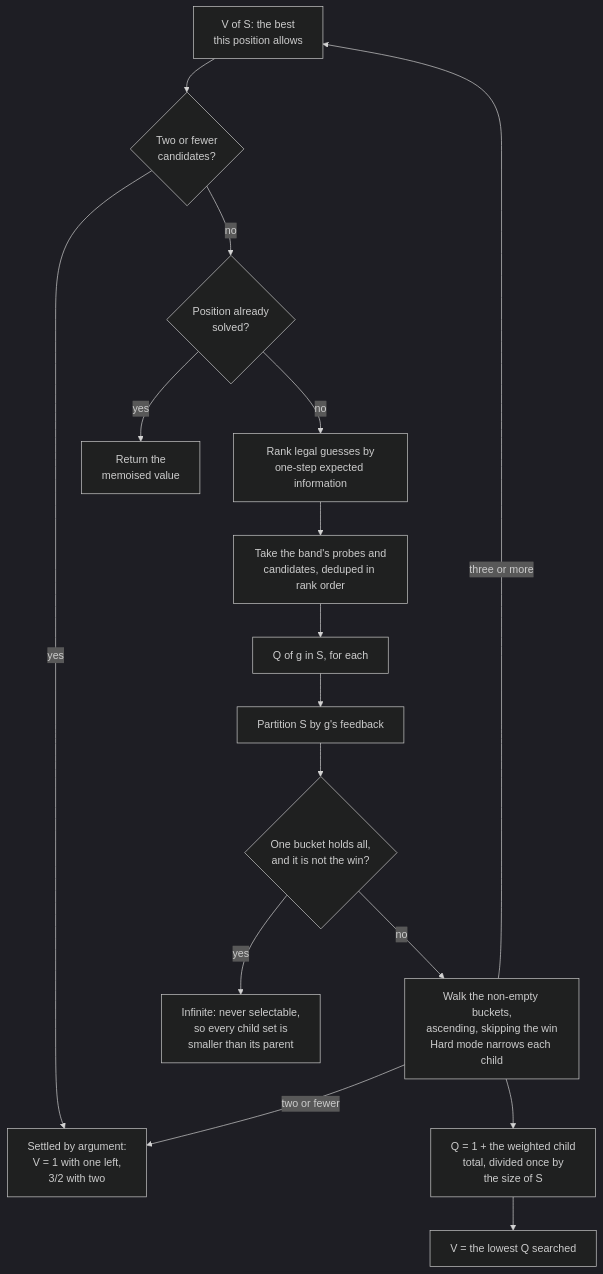
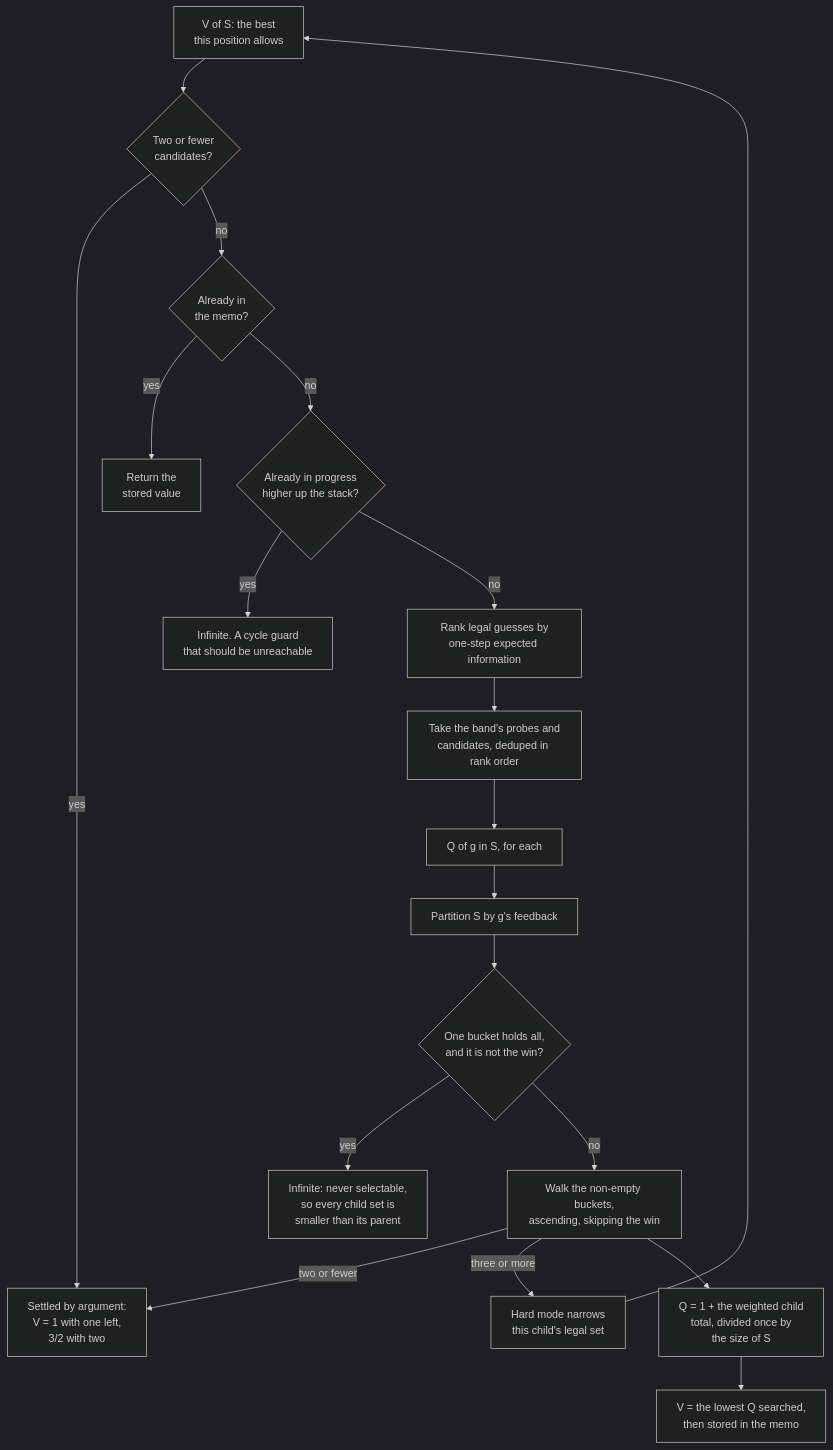
One commit to k-electron/par changed the third of 3 diagrams in docs/scoring.md. Above: the diagram before and after it, drawn with Mermaid (dark theme). The commit also changed other lines of this file, not shown here.

First line of the commit message:
docs(scoring): reconcile the flowcharts with the code, node by node

````diff
--- a/docs/scoring.md
+++ b/docs/scoring.md
@@ -296,19 +310,22 @@
 ```mermaid
 flowchart TD
     Value["V of S: the best<br>this position allows"]
     Value --> Tiny{"Two or fewer<br>candidates?"}
     Tiny -- yes --> Endgame["Settled by argument:<br>V = 1 with one left,<br>3/2 with two"]
-    Tiny -- no --> Memo{"Position already<br>solved?"}
-    Memo -- yes --> Recall["Return the<br>memoised value"]
-    Memo -- no --> Rank["Rank legal guesses by<br>one-step expected information"]
+    Tiny -- no --> Memo{"Already in<br>the memo?"}
+    Memo -- yes --> Recall["Return the<br>stored value"]
+    Memo -- no --> Cycle{"Already in progress<br>higher up the stack?"}
+    Cycle -- yes --> Guard["Infinite. A cycle guard<br>that should be unreachable"]
+    Cycle -- no --> Rank["Rank legal guesses by<br>one-step expected information"]
     Rank --> Budget["Take the band's probes and<br>candidates, deduped in rank order"]
     Budget --> Cost["Q of g in S, for each"]
     Cost --> Split["Partition S by g's feedback"]
     Split --> Blind{"One bucket holds all,<br>and it is not the win?"}
     Blind -- yes --> Never["Infinite: never selectable,<br>so every child set is<br>smaller than its parent"]
-    Blind -- no --> Buckets["Walk the non-empty buckets,<br>ascending, skipping the win<br>Hard mode narrows each child"]
-    Buckets -- "three or more" --> Value
+    Blind -- no --> Buckets["Walk the non-empty buckets,<br>ascending, skipping the win"]
     Buckets -- "two or fewer" --> Endgame
+    Buckets -- "three or more" --> Narrow["Hard mode narrows<br>this child's legal set"]
+    Narrow --> Value
     Buckets --> Sum["Q = 1 + the weighted child<br>total, divided once by<br>the size of S"]
-    Sum --> Best["V = the lowest Q searched"]
+    Sum --> Best["V = the lowest Q searched,<br>then stored in the memo"]
 ```
````
